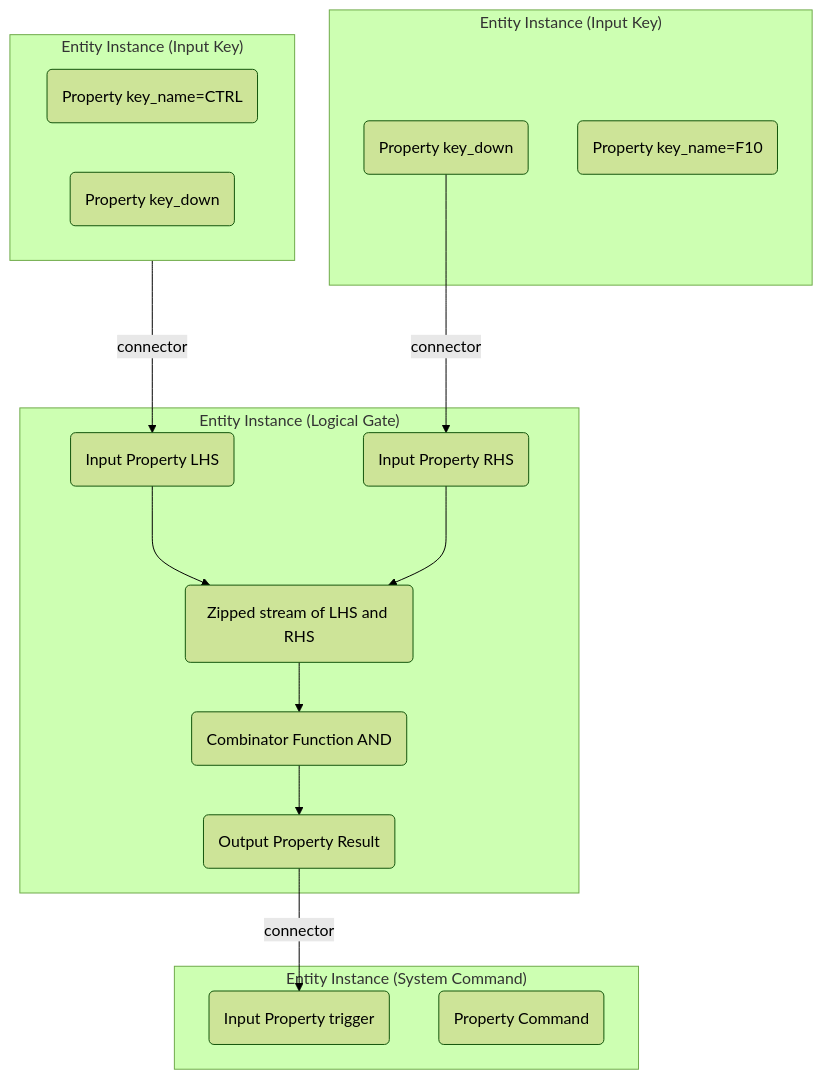
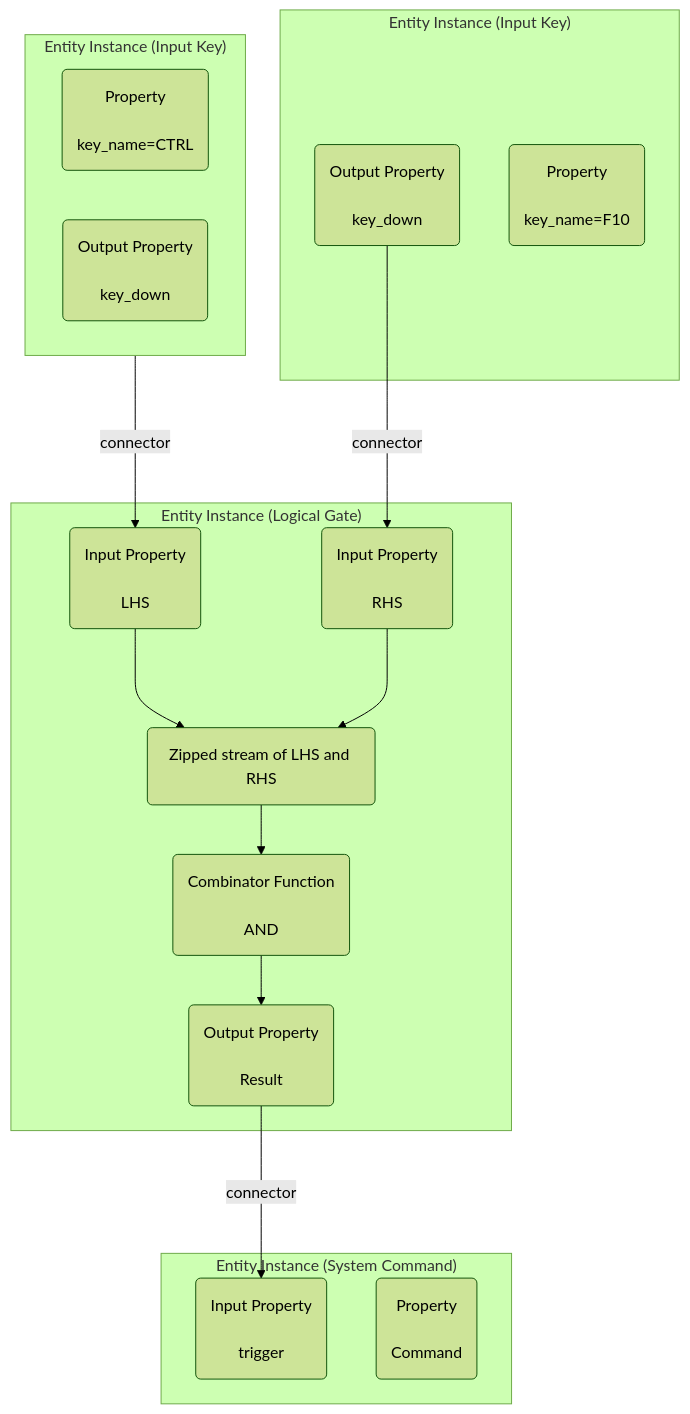
The third of 4 diagrams in docs/inexor-rgf/src/About.md (reactive-graph/reactive-graph), drawn with Mermaid (forest theme) before and after one commit. The commit also changed other lines of this file, not shown here.

Commit message:
Improved diagrams

````diff
--- a/docs/inexor-rgf/src/About.md
+++ b/docs/inexor-rgf/src/About.md
@@ -104,31 +104,31 @@
 ```mermaid
 graph TD;
     subgraph key_ctrl ["Entity Instance (Input Key)"]
     direction RL
-    CTRL_KEY(Property key_name=CTRL);
-    CTRL_KD(Output Property key_down);
+    CTRL_KEY(Property<br><br>key_name=CTRL);
+    CTRL_KD(Output Property<br><br>key_down);
     end
 
     subgraph key_f10 ["Entity Instance (Input Key)"]
-    F10_KD(Output Property key_down);
-    F10_KEY(Property key_name=F10);
+    F10_KD(Output Property<br><br>key_down);
+    F10_KEY(Property<br><br>key_name=F10);
     end
 
-    CTRL_KD(Property key_down)--->|connector|LHS;
-    F10_KD(Property key_down)--->|connector|RHS;
+    CTRL_KD--->|connector|LHS;
+    F10_KD--->|connector|RHS;
 
     subgraph logicalgate ["Entity Instance (Logical Gate)"]
-    LHS(Input Property LHS)o-->ZIP;
-    RHS(Input Property RHS)o-->ZIP;
+    LHS(Input Property<br><br>LHS)o-->ZIP;
+    RHS(Input Property<br><br>RHS)o-->ZIP;
     ZIP(Zipped stream of LHS and RHS)-->COMBINATOR;
-    COMBINATOR(Combinator Function AND)-->RESULT;
-    RESULT(Output Property Result);
+    COMBINATOR(Combinator Function<br><br>AND)-->RESULT;
+    RESULT(Output Property<br><br>Result);
     end
 
-    RESULT(Output Property Result)-->|connector|CMD_EXIT(Input Property trigger);
+    RESULT--->|connector|CMD_EXIT;
 
     subgraph system_command_exit ["Entity Instance (System Command)"]
-    CMD_COMMAND(Property Command);
-    CMD_EXIT(Input Property trigger)
+    CMD_COMMAND(Property<br><br>Command);
+    CMD_EXIT(Input Property<br><br>trigger)
     end
 ```
````
